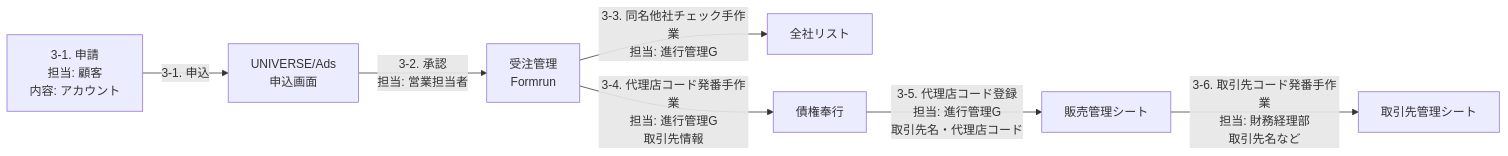
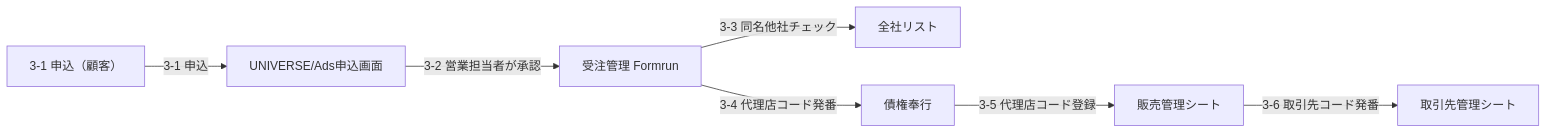
The seventh of 9 diagrams in README.md (rikuxxer/sample), drawn with Mermaid before and after one commit. The commit also changed other lines of this file, not shown here.

````diff
--- a/README.md
+++ b/README.md
@@ -988,17 +1145,17 @@
 ```mermaid
 flowchart LR
-  Start["3-1. 申請\n担当: 顧客\n内容: アカウント"]
-  AccountEntry["UNIVERSE/Ads\n申込画面"]
-  Formrun["受注管理\nFormrun"]
+  Start["3-1 申込（顧客）"]
+  AccountEntry["UNIVERSE/Ads申込画面"]
+  Formrun["受注管理 Formrun"]
   ZenshaList["全社リスト"]
   SaikenBugyo["債権奉行"]
   SalesMgmtSheet["販売管理シート"]
   VendorMasterSheet["取引先管理シート"]
 
-  Start -->|"3-1. 申込"| AccountEntry
-  AccountEntry -->|"3-2. 承認\n担当: 営業担当者"| Formrun
-  Formrun -->|"3-3. 同名他社チェック手作業\n担当: 進行管理G"| ZenshaList
-  Formrun -->|"3-4. 代理店コード発番手作業\n担当: 進行管理G\n取引先情報"| SaikenBugyo
-  SaikenBugyo -->|"3-5. 代理店コード登録\n担当: 進行管理G\n取引先名・代理店コード"| SalesMgmtSheet
-  SalesMgmtSheet -->|"3-6. 取引先コード発番手作業\n担当: 財務経理部\n取引先名など"| VendorMasterSheet
+  Start -->|"3-1 申込"| AccountEntry
+  AccountEntry -->|"3-2 営業担当者が承認"| Formrun
+  Formrun -->|"3-3 同名他社チェック"| ZenshaList
+  Formrun -->|"3-4 代理店コード発番"| SaikenBugyo
+  SaikenBugyo -->|"3-5 代理店コード登録"| SalesMgmtSheet
+  SalesMgmtSheet -->|"3-6 取引先コード発番"| VendorMasterSheet
 ```
````
